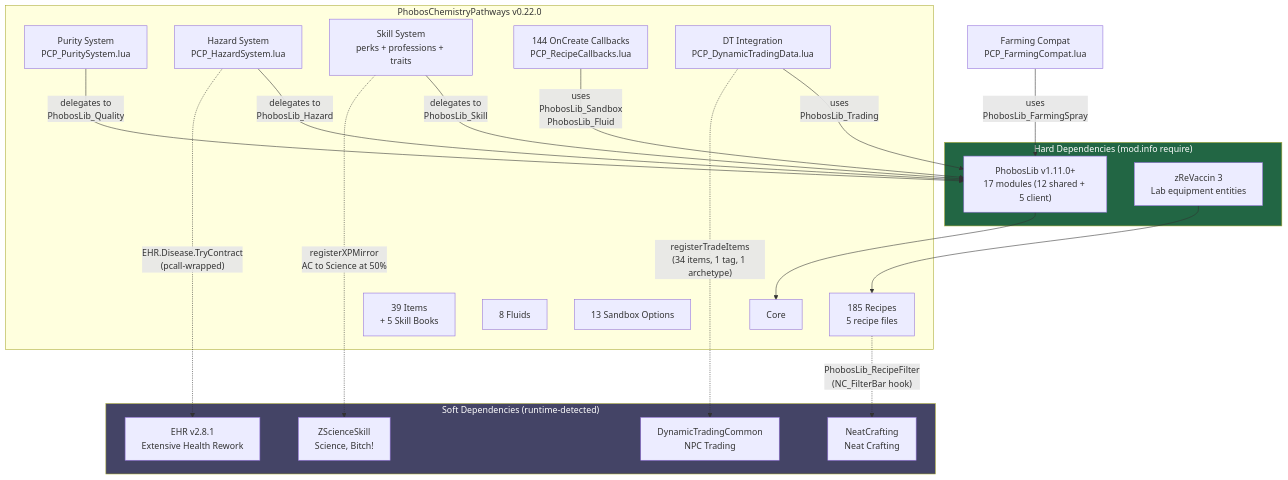
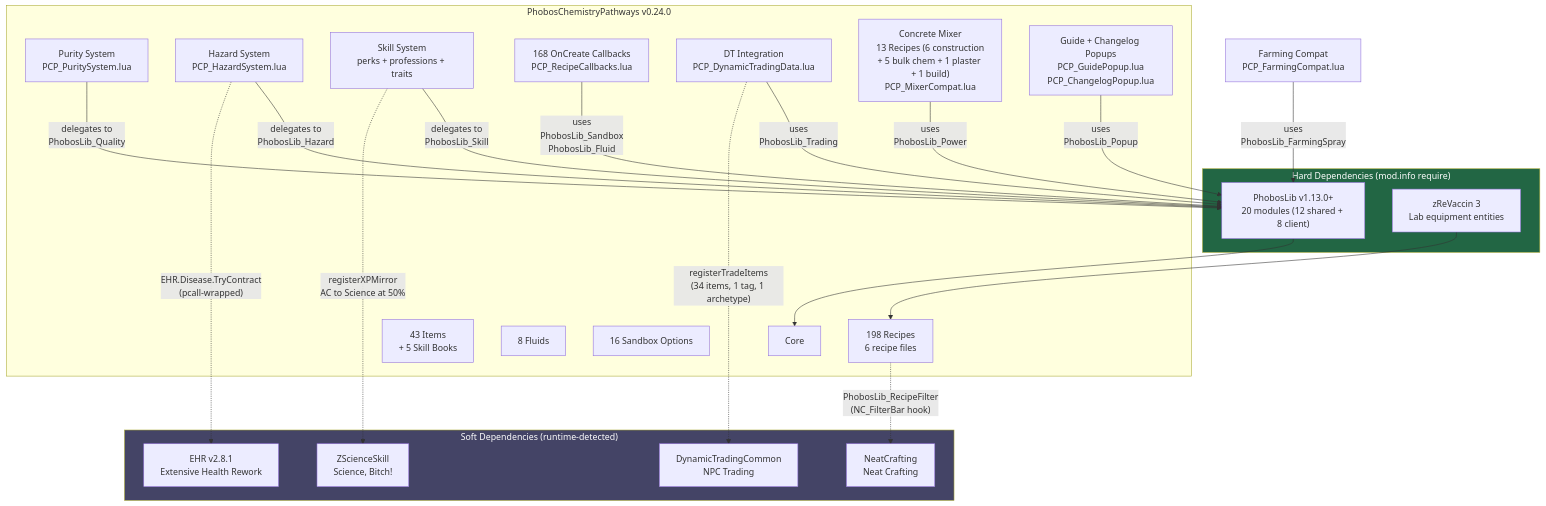
One commit to phobos-dthorga/mod-pz-chemistry-pathways changed the diagram in docs/mermaid-src/architecture.mmd. Above: the diagram before and after it, drawn with Mermaid. The commit also changed 4 other files, not shown here.

First line of the commit message:
docs: update diagrams for v0.24.0

```diff
--- a/docs/mermaid-src/architecture.mmd
+++ b/docs/mermaid-src/architecture.mmd
@@ -1,44 +1,48 @@
 graph TB
     subgraph HARD["Hard Dependencies (mod.info require)"]
-        PL["PhobosLib v1.11.0+<br/>17 modules (12 shared + 5 client)"]
+        PL["PhobosLib v1.13.0+<br/>20 modules (12 shared + 8 client)"]
         ZR["zReVaccin 3<br/>Lab equipment entities"]
     end
 
-    subgraph PCP["PhobosChemistryPathways v0.22.0"]
+    subgraph PCP["PhobosChemistryPathways v0.24.0"]
         CORE["Core"]
-        REC["185 Recipes<br/>5 recipe files"]
-        ITEMS["39 Items<br/>+ 5 Skill Books"]
+        REC["198 Recipes<br/>6 recipe files"]
+        ITEMS["43 Items<br/>+ 5 Skill Books"]
         FLUIDS["8 Fluids"]
-        SB["13 Sandbox Options"]
+        SB["16 Sandbox Options"]
         PURITY["Purity System<br/>PCP_PuritySystem.lua"]
         HAZARD["Hazard System<br/>PCP_HazardSystem.lua"]
         SKILL["Skill System<br/>perks + professions + traits"]
-        CALLBACKS["144 OnCreate Callbacks<br/>PCP_RecipeCallbacks.lua"]
+        CALLBACKS["168 OnCreate Callbacks<br/>PCP_RecipeCallbacks.lua"]
         TRADING["DT Integration<br/>PCP_DynamicTradingData.lua"]
+        MIXER["Concrete Mixer<br/>13 Recipes (6 construction<br/>+ 5 bulk chem + 1 plaster + 1 build)<br/>PCP_MixerCompat.lua"]
+        POPUP["Guide + Changelog Popups<br/>PCP_GuidePopup.lua<br/>PCP_ChangelogPopup.lua"]
     end
 
     subgraph SOFT["Soft Dependencies (runtime-detected)"]
         ZSS["ZScienceSkill<br/>Science, Bitch!"]
         EHR["EHR v2.8.1<br/>Extensive Health Rework"]
         DT["DynamicTradingCommon<br/>NPC Trading"]
         NC["NeatCrafting<br/>Neat Crafting"]
     end
 
     PL --> CORE
     ZR --> REC
 
     PURITY -->|"delegates to<br/>PhobosLib_Quality"| PL
     HAZARD -->|"delegates to<br/>PhobosLib_Hazard"| PL
     SKILL -->|"delegates to<br/>PhobosLib_Skill"| PL
     CALLBACKS -->|"uses<br/>PhobosLib_Sandbox<br/>PhobosLib_Fluid"| PL
     TRADING -->|"uses<br/>PhobosLib_Trading"| PL
     FARMING["Farming Compat<br/>PCP_FarmingCompat.lua"]
     FARMING -->|"uses<br/>PhobosLib_FarmingSpray"| PL
+    MIXER -->|"uses<br/>PhobosLib_Power"| PL
+    POPUP -->|"uses<br/>PhobosLib_Popup"| PL
 
     HAZARD -.->|"EHR.Disease.TryContract<br/>(pcall-wrapped)"| EHR
     SKILL -.->|"registerXPMirror<br/>AC to Science at 50%"| ZSS
     TRADING -.->|"registerTradeItems<br/>(34 items, 1 tag, 1 archetype)"| DT
     REC -.->|"PhobosLib_RecipeFilter<br/>(NC_FilterBar hook)"| NC
 
     style HARD fill:#264,color:#fff
     style SOFT fill:#446,color:#fff
```
